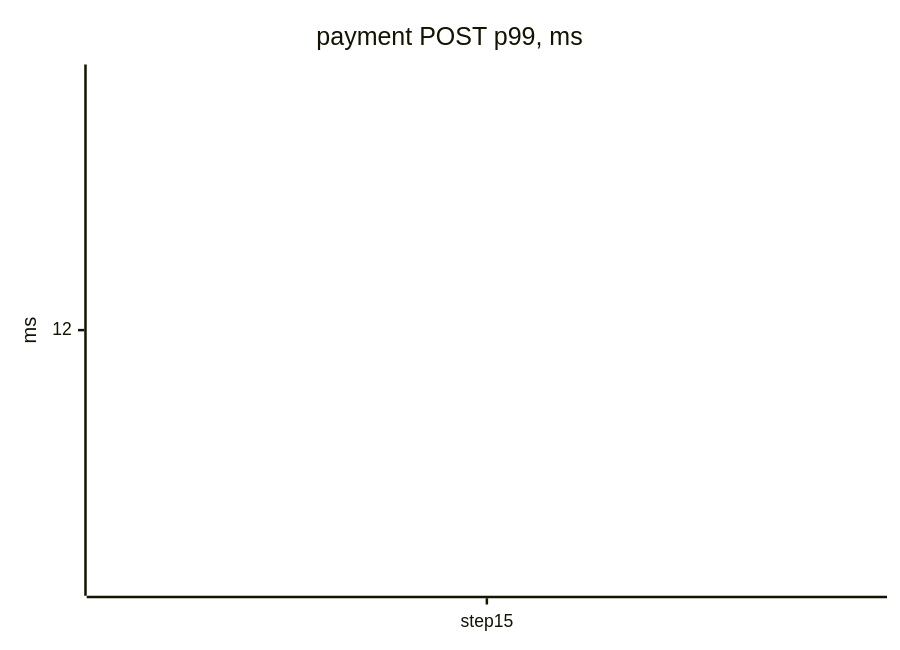
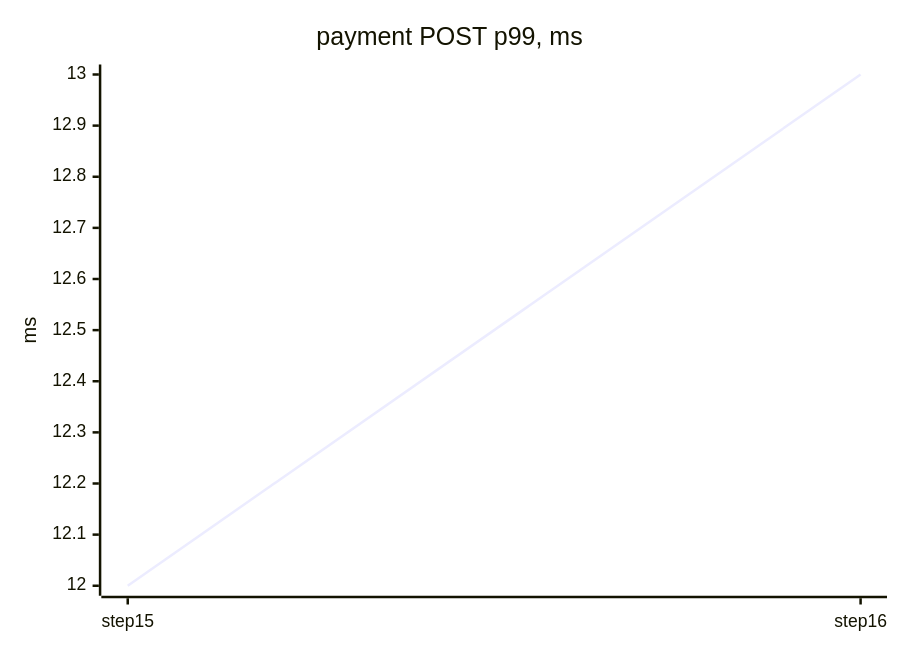
One commit to tanvoid0/ledgerflow changed the third of 4 diagrams in docs/perf/README.md. Above: the diagram before and after it, drawn with Mermaid. The commit also changed other lines of this file and 8 other files, not shown here.

````diff
--- a/docs/perf/README.md
+++ b/docs/perf/README.md
@@ -68,7 +76,7 @@
 ```mermaid
 xychart-beta
     title "payment POST p99, ms"
-    x-axis ["step15"]
+    x-axis ["step15", "step16"]
     y-axis "ms"
-    line [12]
+    line [12, 13]
 ```
````
